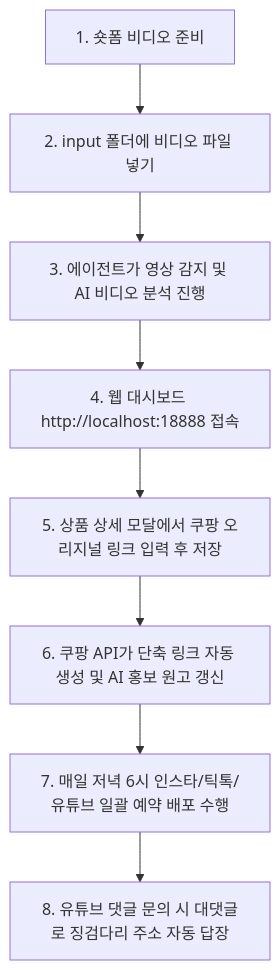
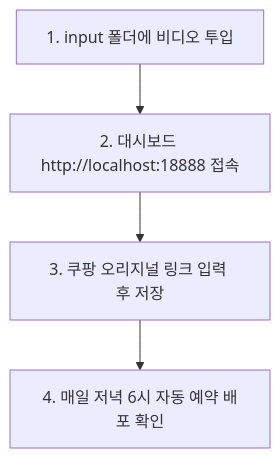
One commit to WisdomMax/auto-upload-video changed the diagram in start.md. Above: the diagram before and after it, drawn with Mermaid. The commit also changed other lines of this file, not shown here.

````diff
--- a/start.md
+++ b/start.md
@@ -7,10 +7,6 @@
 ```mermaid
 graph TD
-    A[1. 숏폼 비디오 준비] --> B[2. input 폴더에 비디오 파일 넣기]
-    B --> C[3. 에이전트가 영상 감지 및 AI 비디오 분석 진행]
-    C --> D[4. 웹 대시보드 http://localhost:18888 접속]
-    D --> E[5. 상품 상세 모달에서 쿠팡 오리지널 링크 입력 후 저장]
-    E --> F[6. 쿠팡 API가 단축 링크 자동 생성 및 AI 홍보 원고 갱신]
-    F --> G[7. 매일 저녁 6시 인스타/틱톡/유튜브 일괄 예약 배포 수행]
-    G --> H[8. 유튜브 댓글 문의 시 대댓글로 징검다리 주소 자동 답장]
+    A[1. input 폴더에 비디오 투입] --> B[2. 대시보드 http://localhost:18888 접속]
+    B --> C[3. 쿠팡 오리지널 링크 입력 후 저장]
+    C --> D[4. 매일 저녁 6시 자동 예약 배포 확인]
 ```
````
